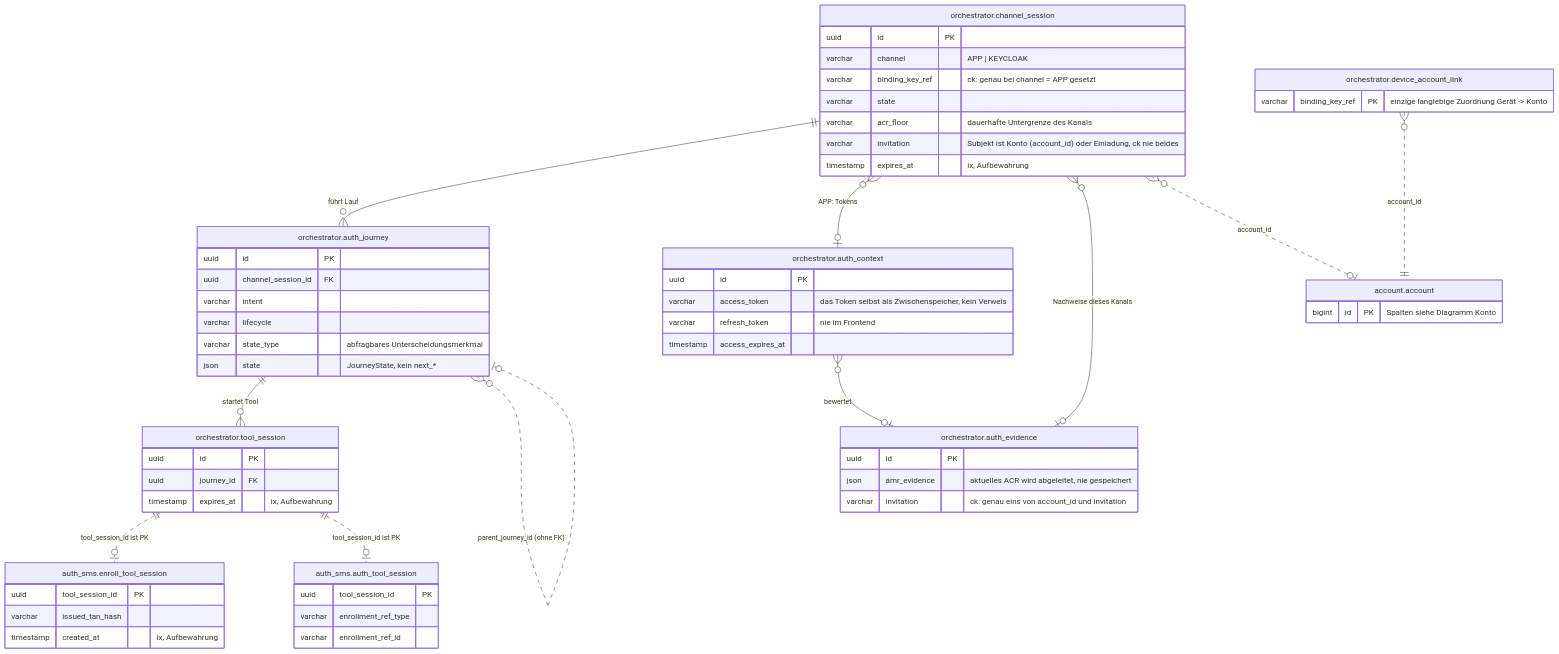
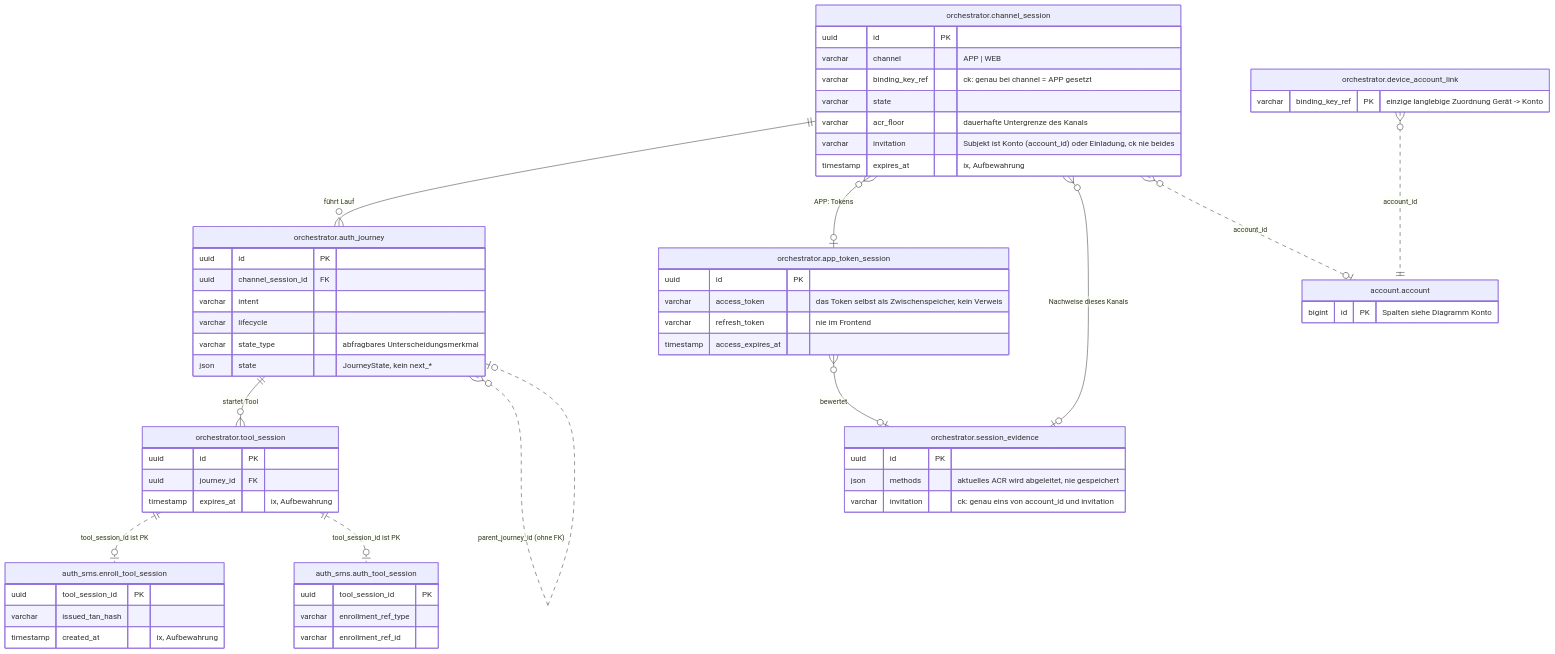
The fifth of 5 diagrams in docs/02-domaenenmodell.md (rpreissel/identity-demo), drawn with Mermaid before and after one commit. The commit also changed other lines of this file and 388 other files, not shown here.

````diff
--- a/docs/02-domaenenmodell.md
+++ b/docs/02-domaenenmodell.md
@@ -492,63 +496,63 @@
 ```mermaid
 erDiagram
   orchestrator.channel_session ||--o{ orchestrator.auth_journey : "führt Lauf"
   orchestrator.auth_journey ||--o{ orchestrator.tool_session : "startet Tool"
-  orchestrator.channel_session }o--o| orchestrator.auth_context : "APP: Tokens"
-  orchestrator.channel_session }o--o| orchestrator.auth_evidence : "Nachweise dieses Kanals"
-  orchestrator.auth_context }o--o| orchestrator.auth_evidence : "bewertet"
+  orchestrator.channel_session }o--o| orchestrator.app_token_session : "APP: Tokens"
+  orchestrator.channel_session }o--o| orchestrator.session_evidence : "Nachweise dieses Kanals"
+  orchestrator.app_token_session }o--o| orchestrator.session_evidence : "bewertet"
   orchestrator.auth_journey }o..o| orchestrator.auth_journey : "parent_journey_id (ohne FK)"
   orchestrator.tool_session ||..o| auth_sms.enroll_tool_session : "tool_session_id ist PK"
   orchestrator.tool_session ||..o| auth_sms.auth_tool_session : "tool_session_id ist PK"
   orchestrator.channel_session }o..o| account.account : "account_id"
   orchestrator.device_account_link }o..|| account.account : "account_id"
 
   orchestrator.channel_session {
     uuid id PK
-    varchar channel "APP | KEYCLOAK"
+    varchar channel "APP | WEB"
     varchar binding_key_ref "ck: genau bei channel = APP gesetzt"
     varchar state
     varchar acr_floor "dauerhafte Untergrenze des Kanals"
     varchar invitation "Subjekt ist Konto (account_id) oder Einladung, ck nie beides"
     timestamp expires_at "ix, Aufbewahrung"
   }
   orchestrator.auth_journey {
     uuid id PK
     uuid channel_session_id FK
     varchar intent
     varchar lifecycle
     varchar state_type "abfragbares Unterscheidungsmerkmal"
     json state "JourneyState, kein next_*"
   }
   orchestrator.tool_session {
     uuid id PK
     uuid journey_id FK
     timestamp expires_at "ix, Aufbewahrung"
   }
-  orchestrator.auth_context {
+  orchestrator.app_token_session {
     uuid id PK
     varchar access_token "das Token selbst als Zwischenspeicher, kein Verweis"
     varchar refresh_token "nie im Frontend"
     timestamp access_expires_at
   }
-  orchestrator.auth_evidence {
+  orchestrator.session_evidence {
     uuid id PK
-    json amr_evidence "aktuelles ACR wird abgeleitet, nie gespeichert"
+    json methods "aktuelles ACR wird abgeleitet, nie gespeichert"
     varchar invitation "ck: genau eins von account_id und invitation"
   }
   orchestrator.device_account_link {
     varchar binding_key_ref PK "einzige langlebige Zuordnung Gerät -> Konto"
   }
   account.account {
     bigint id PK "Spalten siehe Diagramm Konto"
   }
   auth_sms.enroll_tool_session {
     uuid tool_session_id PK
     varchar issued_tan_hash
     timestamp created_at "ix, Aufbewahrung"
   }
   auth_sms.auth_tool_session {
     uuid tool_session_id PK
     varchar enrollment_ref_type
     varchar enrollment_ref_id
   }
 ```
````
